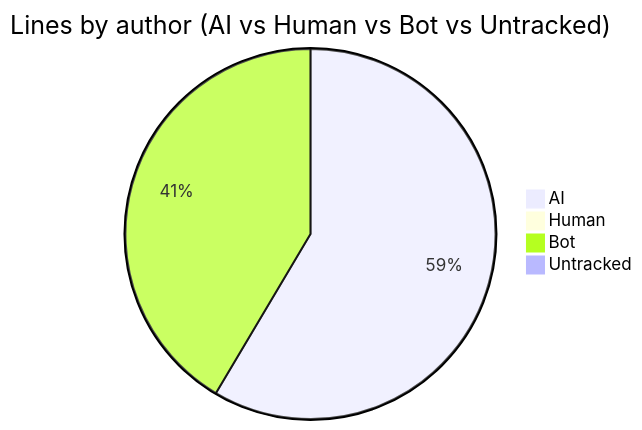
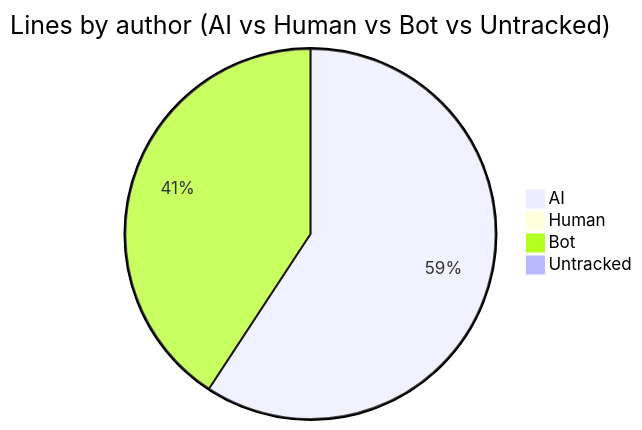
Before and after one commit to CaliMark/ai-authorship: the first of 2 diagrams in AI-AUTHORSHIP.md, drawn with Mermaid. The commit also changed other lines of this file and 1 other file, not shown here.

````diff
--- a/AI-AUTHORSHIP.md
+++ b/AI-AUTHORSHIP.md
@@ -20,7 +20,7 @@
 ```mermaid
 pie title Lines by author (AI vs Human vs Bot vs Untracked)
-    "AI" : 2291
+    "AI" : 2359
     "Human" : 0
     "Bot" : 1623
     "Untracked" : 0
 ```
````
